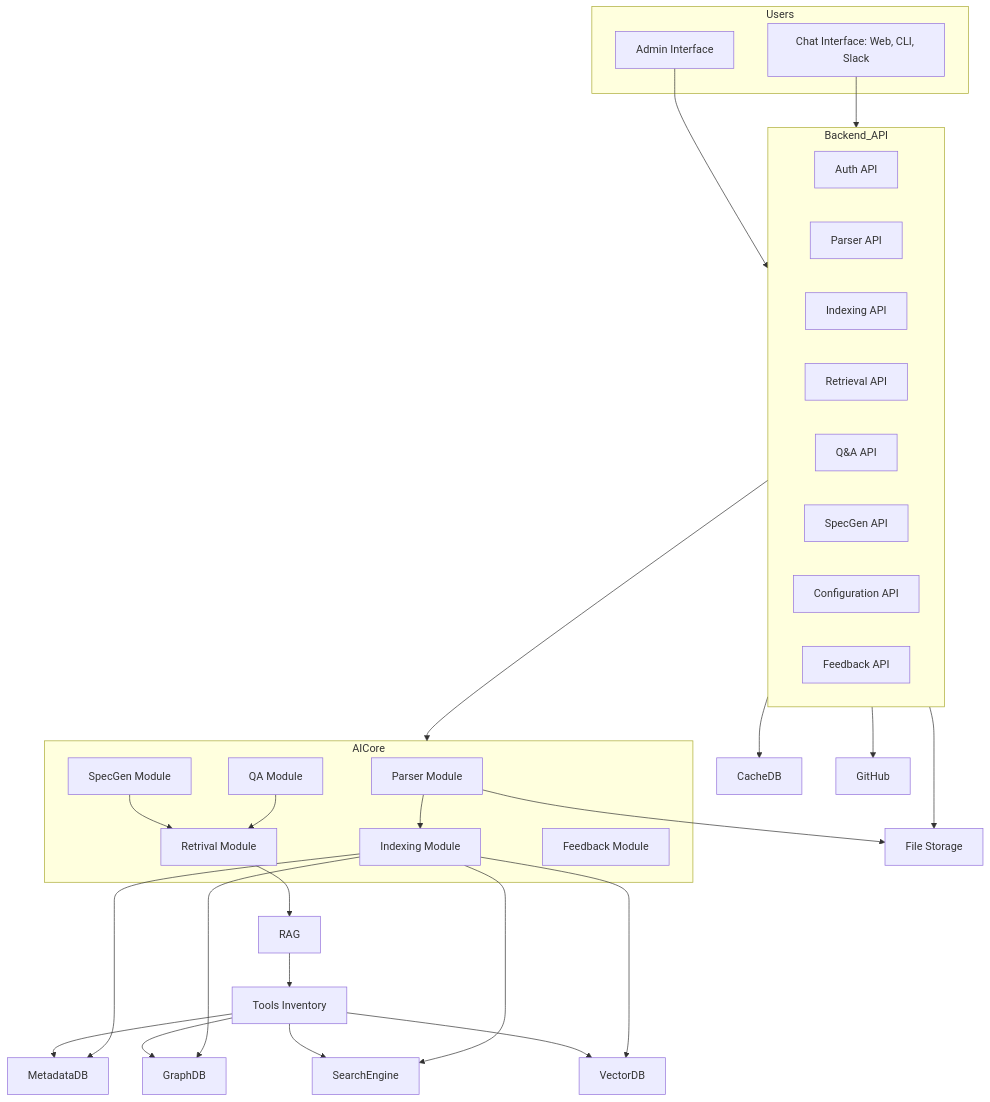
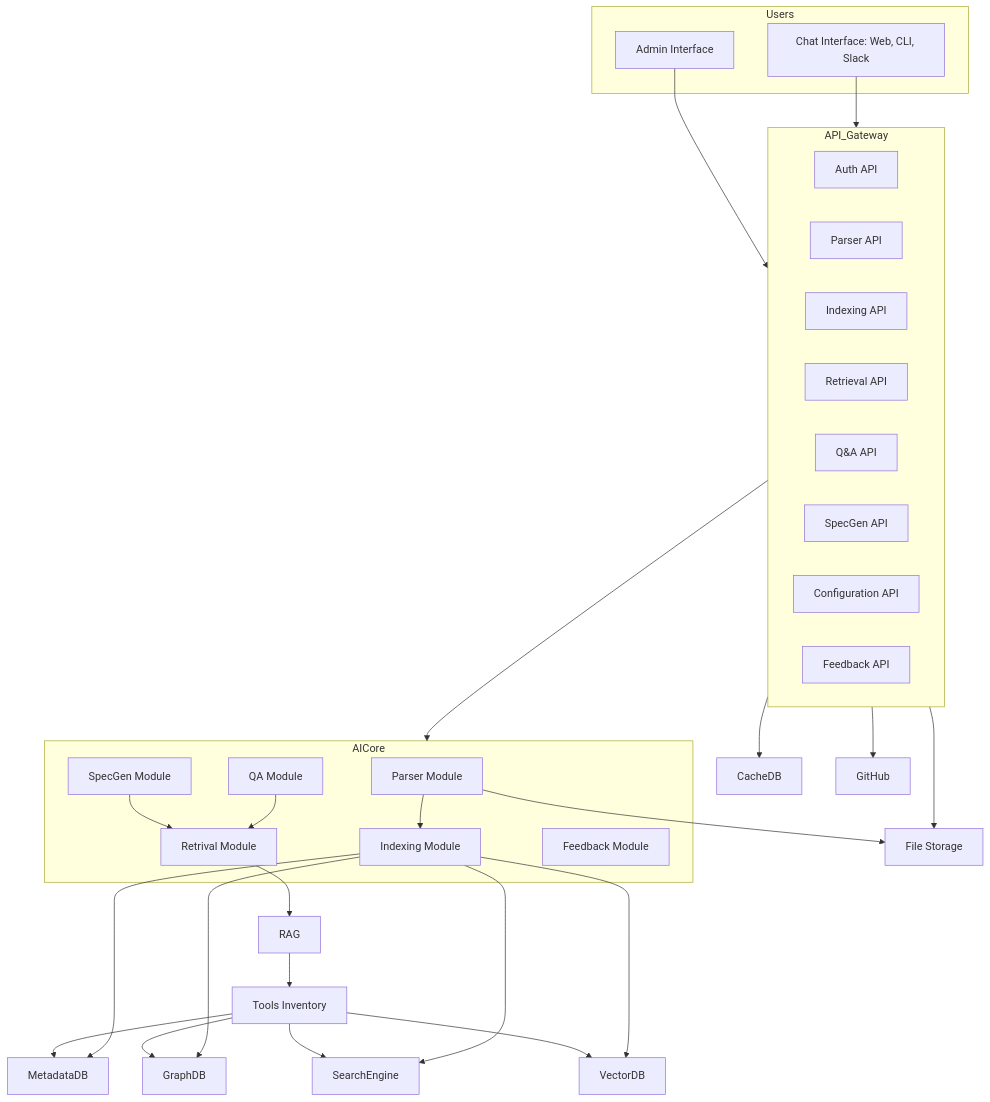
The second of 2 diagrams in _draft/C2B/C4-Design.md (anhttmle/anhttmle.github.io), drawn with Mermaid before and after one commit.

````diff
--- a/_draft/C2B/C4-Design.md
+++ b/_draft/C2B/C4-Design.md
@@ -126,56 +126,56 @@
 ```mermaid
 flowchart TD
     subgraph Users
         ChatUI[Chat Interface: Web, CLI, Slack]
         AdminUI[Admin Interface]
     end
 
-    ChatUI --> Backend_API[Backend API]
-    AdminUI --> Backend_API
+    ChatUI --> API_Gateway[API Gateway]
+    AdminUI --> API_Gateway
 
-    subgraph Backend_API
+    subgraph API_Gateway
         AuthAPI[Auth API]
         ParserAPI[Parser API]
         IndexingAPI[Indexing API]
         RetrievalAPI[Retrieval API]
         QAAPI[Q&A API]
         SpecGenAPI[SpecGen API]
         ConfigAPI[Configuration API]
         FeedbackAPI[Feedback API]
     end
 
     subgraph AICore
         Parser[Parser Module]
         Indexing[Indexing Module]
         Retrieval[Retrival Module]
         QA[QA Module]
         SpecGen[SpecGen Module]
         Feedback[Feedback Module]
     end
 
-    Backend_API --> FileStorage[File Storage]
-    Backend_API --> CacheDB
-    Backend_API --> GitHub
-    Backend_API --> AICore
+    API_Gateway --> FileStorage[File Storage]
+    API_Gateway --> CacheDB
+    API_Gateway --> GitHub
+    API_Gateway --> AICore
 
     Parser --> Indexing
     Parser --> FileStorage
     
     Indexing --> MetadataDB
     Indexing --> GraphDB
     Indexing --> SearchEngine
     Indexing --> VectorDB
 
     Retrieval --> RAG
     RAG --> Tools[Tools Inventory]
 
     Tools --> MetadataDB
     Tools --> GraphDB
     Tools --> SearchEngine
     Tools --> VectorDB
     
     QA --> Retrieval
     SpecGen --> Retrieval
 
 
 ```
````
